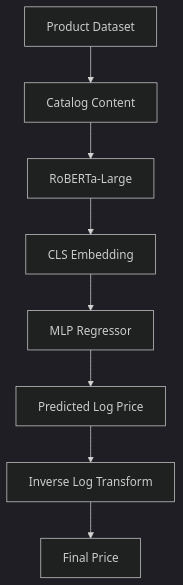
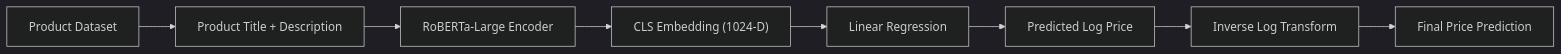
Before and after one commit to hiten016/MLChallenge2025: the first of 2 diagrams in README.md, drawn with Mermaid (dark theme).

````diff
--- a/README.md
+++ b/README.md
@@ -11,19 +11,12 @@
 ```mermaid
-flowchart TD
+flowchart LR
 
     A["Product Dataset"]
-
-    A --> B["Catalog Content"]
-
-    B --> C["RoBERTa-Large"]
-
-    C --> D["CLS Embedding"]
-
-    D --> E["MLP Regressor"]
-
-    E --> F["Predicted Log Price"]
-
-    F --> G["Inverse Log Transform"]
-
-    G --> H["Final Price"]
+    --> B["Product Title + Description"]
+    --> C["RoBERTa-Large Encoder"]
+    --> D["CLS Embedding (1024-D)"]
+    --> E["Linear Regression"]
+    --> F["Predicted Log Price"]
+    --> G["Inverse Log Transform"]
+    --> H["Final Price Prediction"]
 ```
````
